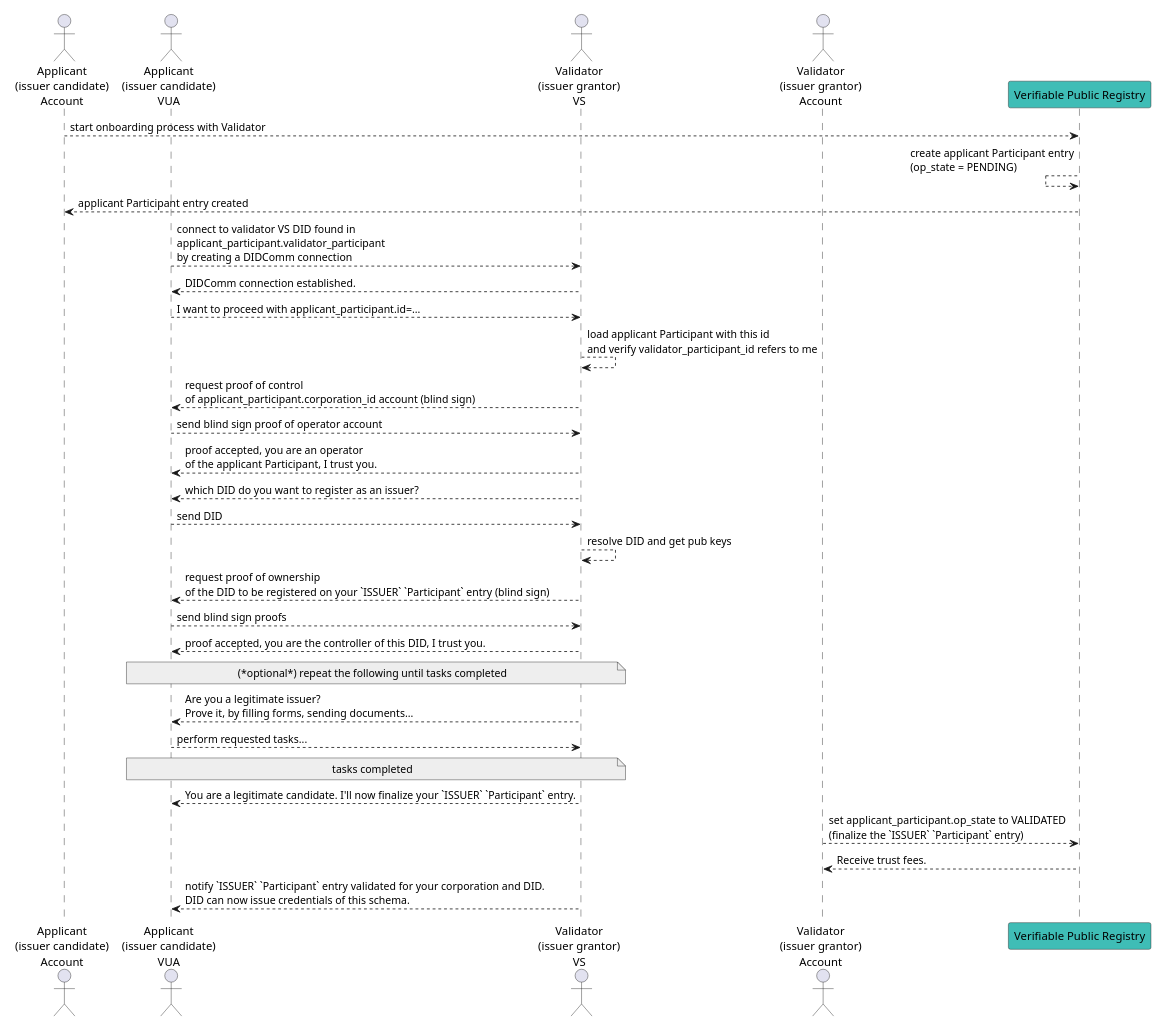
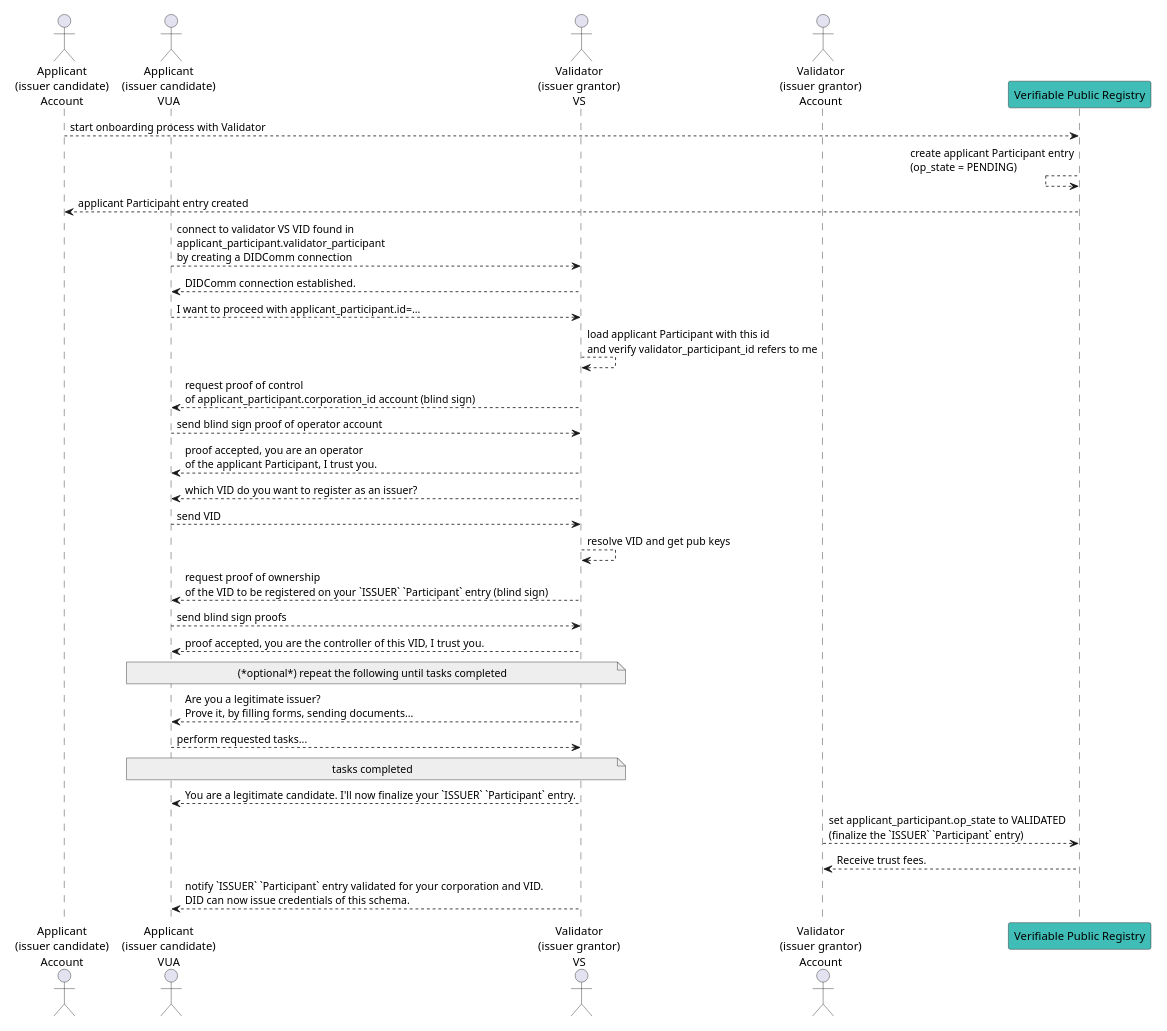
The seventh of 21 diagrams in spec.md (verana-labs/verifiable-trust-vpr-spec), drawn with PlantUML before and after one commit. The commit also changed other lines of this file, not shown here.

First line of the commit message:
feat(spec): rename DID to VID (verifiable identifier) for TSP forward compatibility

````diff
--- a/spec.md
+++ b/spec.md
@@ -706,35 +706,35 @@
 ```plantuml
 scale max 800 width
 actor "Applicant\n(issuer candidate)\nAccount" as ApplicantAccount 
 actor "Applicant\n(issuer candidate)\nVUA" as ApplicantBrowser 
 
 actor "Validator\n(issuer grantor)\nVS" as ValidatorVS
 actor "Validator\n(issuer grantor)\nAccount" as ValidatorAccount
 
 participant "Verifiable Public Registry" as VPR #3fbdb6
 
 ApplicantAccount --> VPR: start onboarding process with Validator
 VPR <-- VPR: create applicant Participant entry\n(op_state = PENDING)
 ApplicantAccount <-- VPR: applicant Participant entry created
-ApplicantBrowser --> ValidatorVS: connect to validator VS DID found in\napplicant_participant.validator_participant\nby creating a DIDComm connection
+ApplicantBrowser --> ValidatorVS: connect to validator VS VID found in\napplicant_participant.validator_participant\nby creating a DIDComm connection
 ApplicantBrowser <-- ValidatorVS: DIDComm connection established.
 ApplicantBrowser --> ValidatorVS: I want to proceed with applicant_participant.id=...
 ValidatorVS --> ValidatorVS: load applicant Participant with this id\nand verify validator_participant_id refers to me
 ApplicantBrowser <-- ValidatorVS: request proof of control\nof applicant_participant.corporation_id account (blind sign)
 ApplicantBrowser --> ValidatorVS: send blind sign proof of operator account
 ApplicantBrowser <-- ValidatorVS: proof accepted, you are an operator\nof the applicant Participant, I trust you.
-ApplicantBrowser <-- ValidatorVS: which DID do you want to register as an issuer?
-ApplicantBrowser --> ValidatorVS: send DID
-ValidatorVS --> ValidatorVS: resolve DID and get pub keys
-ApplicantBrowser <-- ValidatorVS: request proof of ownership\nof the DID to be registered on your `ISSUER` `Participant` entry (blind sign)
+ApplicantBrowser <-- ValidatorVS: which VID do you want to register as an issuer?
+ApplicantBrowser --> ValidatorVS: send VID
+ValidatorVS --> ValidatorVS: resolve VID and get pub keys
+ApplicantBrowser <-- ValidatorVS: request proof of ownership\nof the VID to be registered on your `ISSUER` `Participant` entry (blind sign)
 ApplicantBrowser --> ValidatorVS: send blind sign proofs
-ApplicantBrowser <-- ValidatorVS: proof accepted, you are the controller of this DID, I trust you.
+ApplicantBrowser <-- ValidatorVS: proof accepted, you are the controller of this VID, I trust you.
 note over ApplicantBrowser, ValidatorVS #EEEEEE: (*optional*) repeat the following until tasks completed
 ApplicantBrowser <-- ValidatorVS: Are you a legitimate issuer?\nProve it, by filling forms, sending documents...
 ApplicantBrowser --> ValidatorVS: perform requested tasks...
 note over ApplicantBrowser, ValidatorVS #EEEEEE: tasks completed
 ApplicantBrowser <-- ValidatorVS: You are a legitimate candidate. I'll now finalize your `ISSUER` `Participant` entry.
 ValidatorAccount --> VPR #3fbdb6: set applicant_participant.op_state to VALIDATED\n(finalize the `ISSUER` `Participant` entry)
 VPR --> ValidatorAccount: Receive trust fees.
-ApplicantBrowser <-- ValidatorVS: notify `ISSUER` `Participant` entry validated for your corporation and DID.\nDID can now issue credentials of this schema.
+ApplicantBrowser <-- ValidatorVS: notify `ISSUER` `Participant` entry validated for your corporation and VID.\nDID can now issue credentials of this schema.
 ```
````
